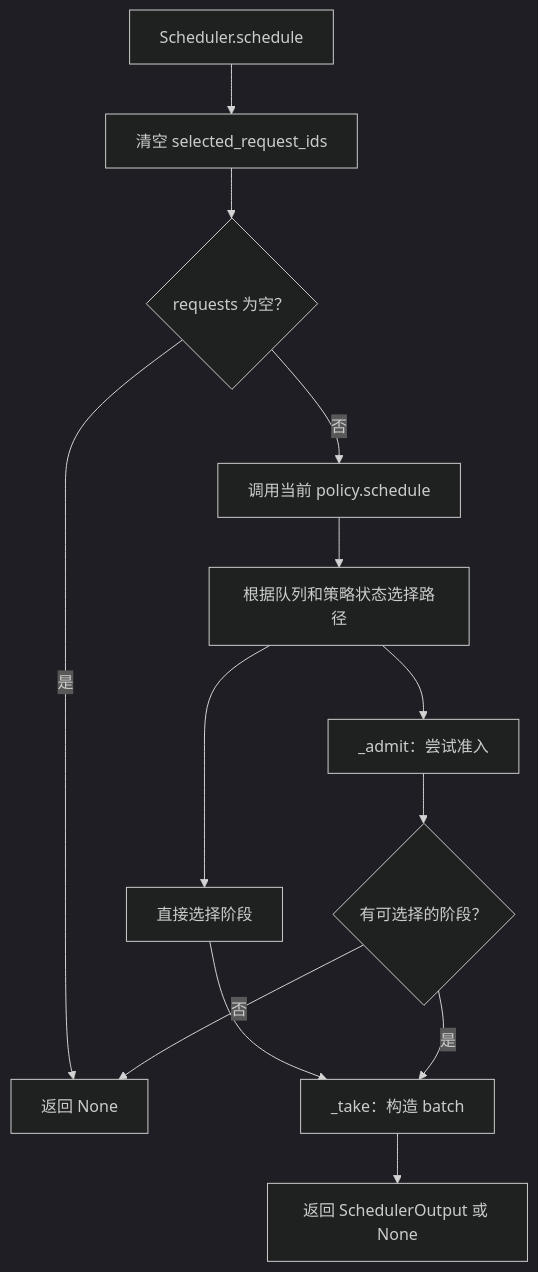
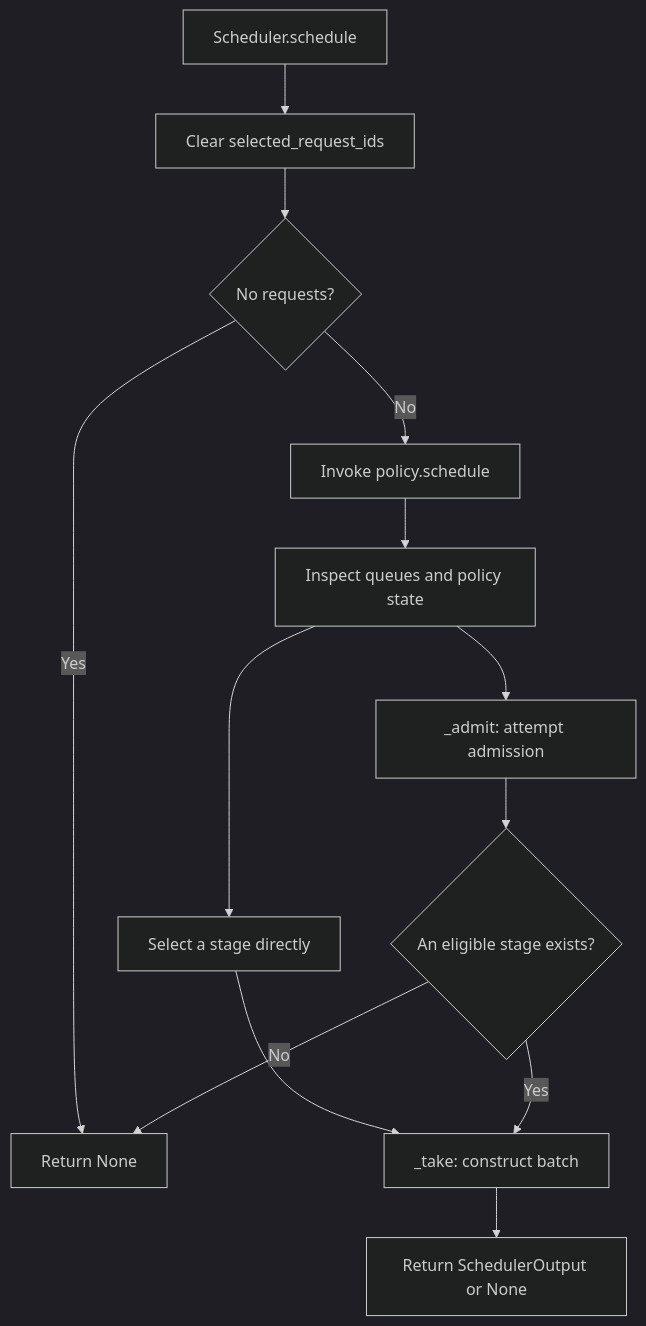
The first of 5 diagrams in docs/scheduler_walkthrough.md (0z5a/vllm-rlt), drawn with Mermaid (dark theme) before and after one commit. The commit also changed other lines of this file and 2 other files, not shown here.

Commit message:
docs: rewrite scheduler and KV walkthroughs in technical English

````diff
--- a/docs/scheduler_walkthrough.md
+++ b/docs/scheduler_walkthrough.md
@@ -173,15 +175,15 @@
 ```mermaid
 flowchart TD
-    A["Scheduler.schedule"] --> B["清空 selected_request_ids"]
-    B --> C{"requests 为空？"}
-    C -- 是 --> N["返回 None"]
-    C -- 否 --> D["调用当前 policy.schedule"]
-    D --> E["根据队列和策略状态选择路径"]
-    E --> F["直接选择阶段"]
-    E --> G["_admit：尝试准入"]
-    G --> H{"有可选择的阶段？"}
-    H -- 否 --> N
-    F --> T["_take：构造 batch"]
-    H -- 是 --> T
-    T --> R["返回 SchedulerOutput 或 None"]
+    A["Scheduler.schedule"] --> B["Clear selected_request_ids"]
+    B --> C{"No requests?"}
+    C -- Yes --> N["Return None"]
+    C -- No --> D["Invoke policy.schedule"]
+    D --> E["Inspect queues and policy state"]
+    E --> F["Select a stage directly"]
+    E --> G["_admit: attempt admission"]
+    G --> H{"An eligible stage exists?"}
+    H -- No --> N
+    F --> T["_take: construct batch"]
+    H -- Yes --> T
+    T --> R["Return SchedulerOutput or None"]
 ```
````
